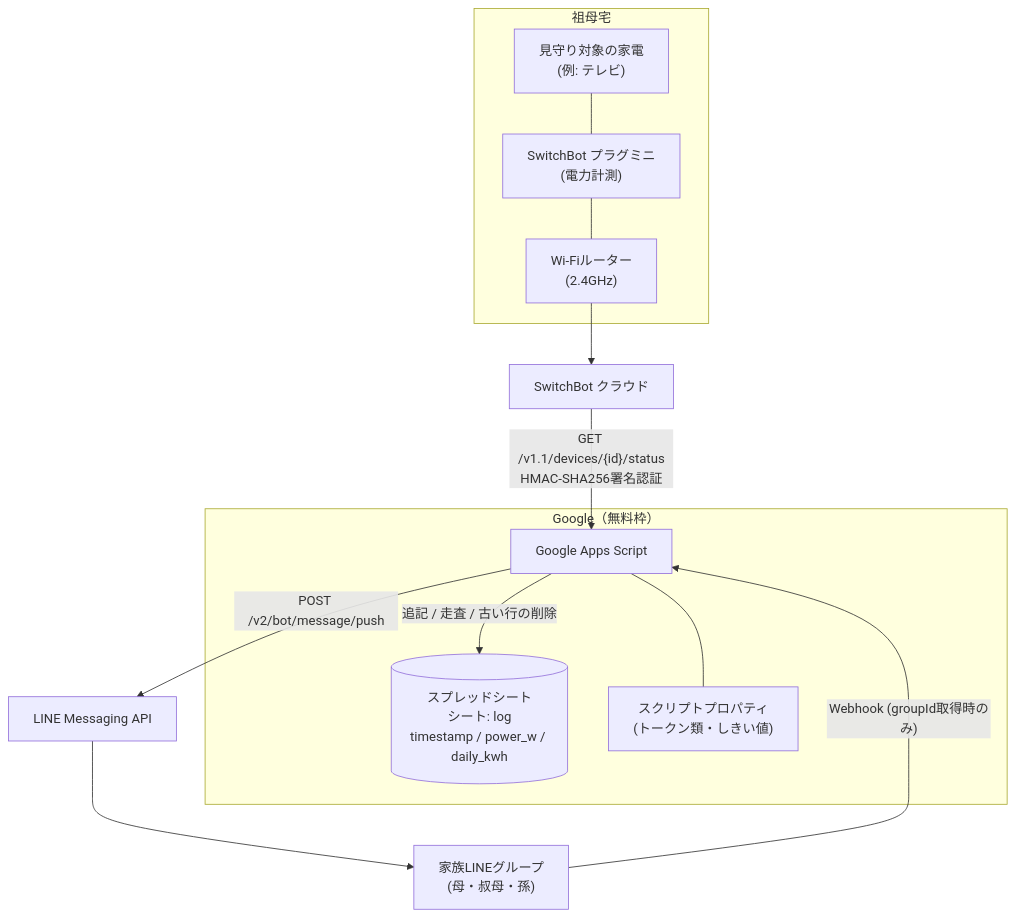
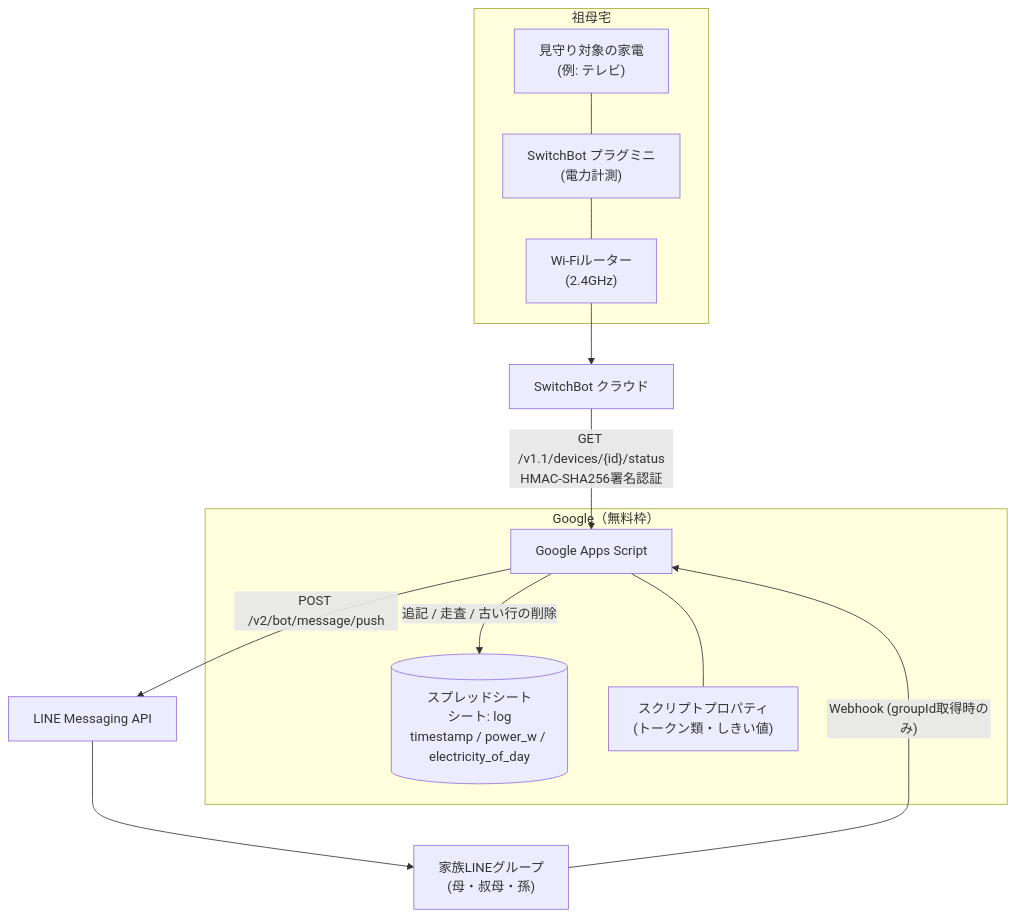
The first of 4 diagrams in docs/architecture.md (yomogi-cat/hamuiru), drawn with Mermaid before and after one commit. The commit also changed other lines of this file and 3 other files, not shown here.

First line of the commit message:
ログ3列目を daily_kwh から electricity_of_day に改名する

````diff
--- a/docs/architecture.md
+++ b/docs/architecture.md
@@ -5,22 +5,22 @@
 ```mermaid
 flowchart TD
     subgraph home["祖母宅"]
         pot["見守り対象の家電<br>(例: テレビ)"] --- plug["SwitchBot プラグミニ<br>(電力計測)"]
         plug --- router["Wi-Fiルーター<br>(2.4GHz)"]
     end
 
     router --> sbcloud["SwitchBot クラウド"]
 
     subgraph gcp["Google（無料枠）"]
         gas["Google Apps Script"]
-        sheet[("スプレッドシート<br>シート: log<br>timestamp / power_w / daily_kwh")]
+        sheet[("スプレッドシート<br>シート: log<br>timestamp / power_w / electricity_of_day")]
         props["スクリプトプロパティ<br>(トークン類・しきい値)"]
         gas --- props
         gas -- "追記 / 走査 / 古い行の削除" --> sheet
     end
 
     sbcloud -- "GET /v1.1/devices/{id}/status<br>HMAC-SHA256署名認証" --> gas
     gas -- "POST /v2/bot/message/push" --> line["LINE Messaging API"]
     line --> group["家族LINEグループ<br>(母・叔母・孫)"]
     group -- "Webhook (groupId取得時のみ)" --> gas
 ```
````
